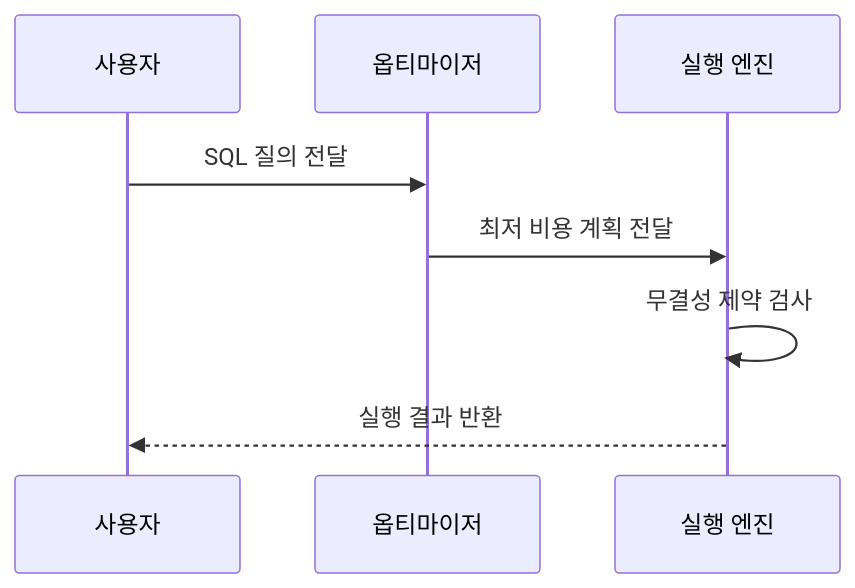
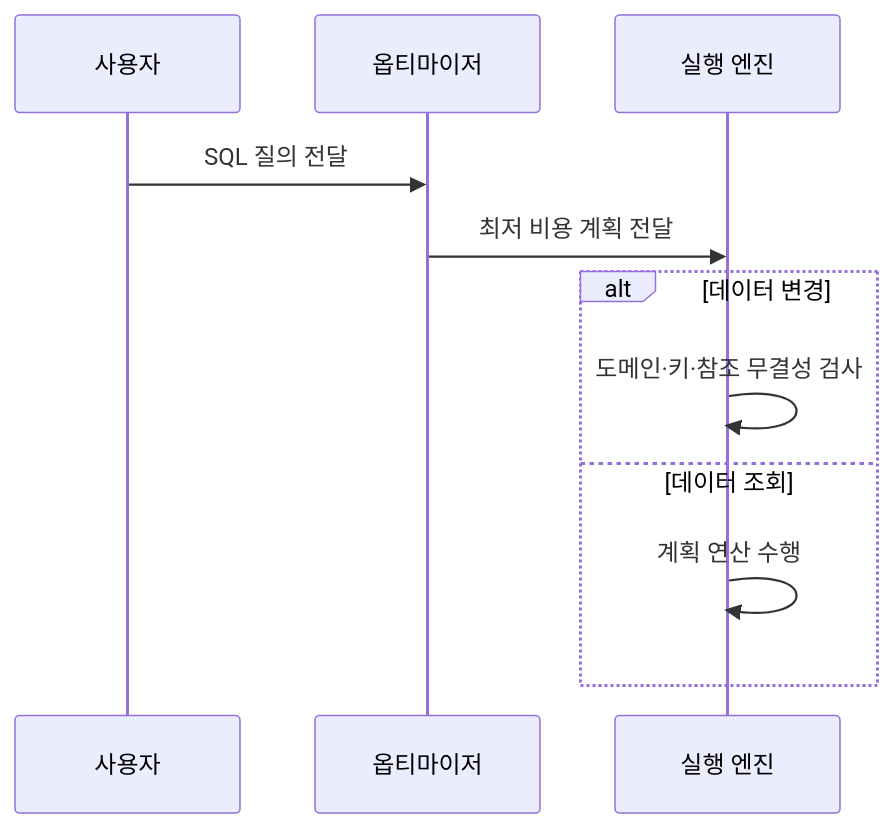
Before and after one commit to agnusdei1207/knowledge-base: the second of 2 diagrams in src/content/docs/notes/03-software/084_relational_database.md, drawn with Mermaid. The commit also changed other lines of this file and 13 other files, not shown here.

````diff
--- a/src/content/docs/notes/03-software/084_relational_database.md
+++ b/src/content/docs/notes/03-software/084_relational_database.md
@@ -83,10 +87,13 @@
 ```mermaid
 sequenceDiagram
     participant U as 사용자
     participant O as 옵티마이저
     participant E as 실행 엔진
     U->>O: SQL 질의 전달
     O->>E: 최저 비용 계획 전달
-    E->>E: 무결성 제약 검사
-    E-->>U: 실행 결과 반환
+    alt 데이터 변경
+        E->>E: 도메인·키·참조 무결성 검사
+    else 데이터 조회
+        E->>E: 계획 연산 수행
+    end
 ```
````
